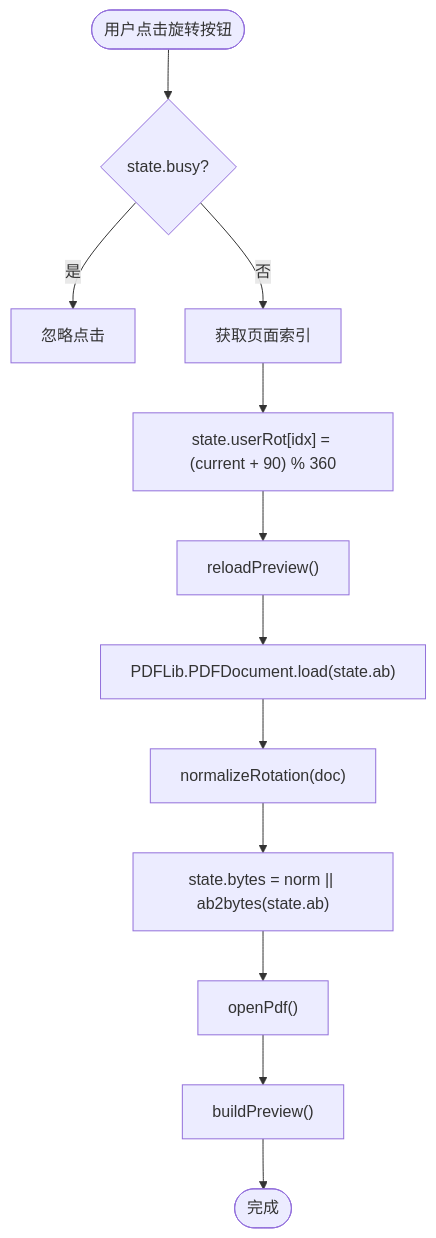
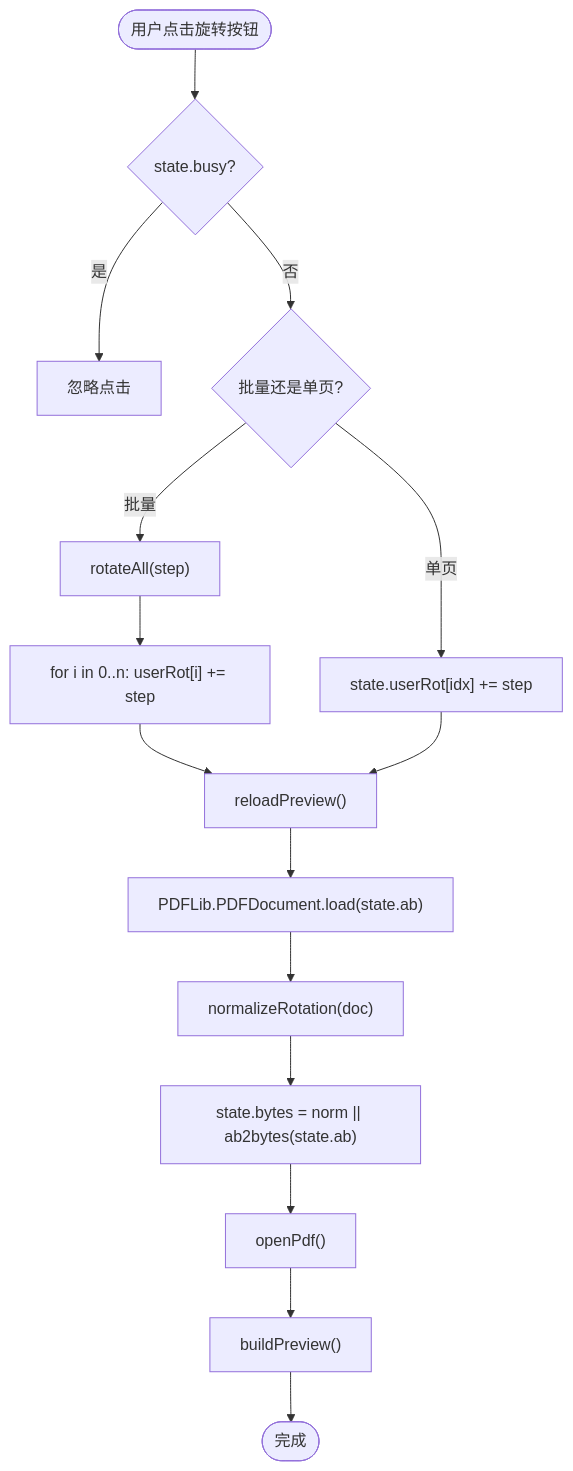
One commit to wzh8080/PDFTools changed the third of 10 diagrams in .qoder/repowiki/zh/content/Web应用架构/PDF处理引擎/预览渲染系统.md. Above: the diagram before and after it, drawn with Mermaid. The commit also changed other lines of this file and 28 other files, not shown here.

````diff
--- a/.qoder/repowiki/zh/content/Web应用架构/PDF处理引擎/预览渲染系统.md
+++ b/.qoder/repowiki/zh/content/Web应用架构/PDF处理引擎/预览渲染系统.md
@@ -132,14 +145,17 @@
 ```mermaid
 flowchart TD
 Start(["用户点击旋转按钮"]) --> CheckBusy{"state.busy?"}
 CheckBusy --> |是| Ignore["忽略点击"]
-CheckBusy --> |否| GetIdx["获取页面索引"]
-GetIdx --> UpdateRot["state.userRot[idx] = (current + 90) % 360"]
-UpdateRot --> Reload["reloadPreview()"]
+CheckBusy --> |否| CheckType{"批量还是单页?"}
+CheckType --> |批量| RotateAll["rotateAll(step)"]
+CheckType --> |单页| UpdateSingle["state.userRot[idx] += step"]
+RotateAll --> ForEachPage["for i in 0..n: userRot[i] += step"]
+ForEachPage --> Reload["reloadPreview()"]
+UpdateSingle --> Reload
 Reload --> LoadDoc["PDFLib.PDFDocument.load(state.ab)"]
 LoadDoc --> Normalize["normalizeRotation(doc)"]
 Normalize --> SetBytes["state.bytes = norm || ab2bytes(state.ab)"]
 SetBytes --> OpenPdf["openPdf()"]
 OpenPdf --> BuildPreview["buildPreview()"]
 BuildPreview --> End(["完成"])
 ```
````
